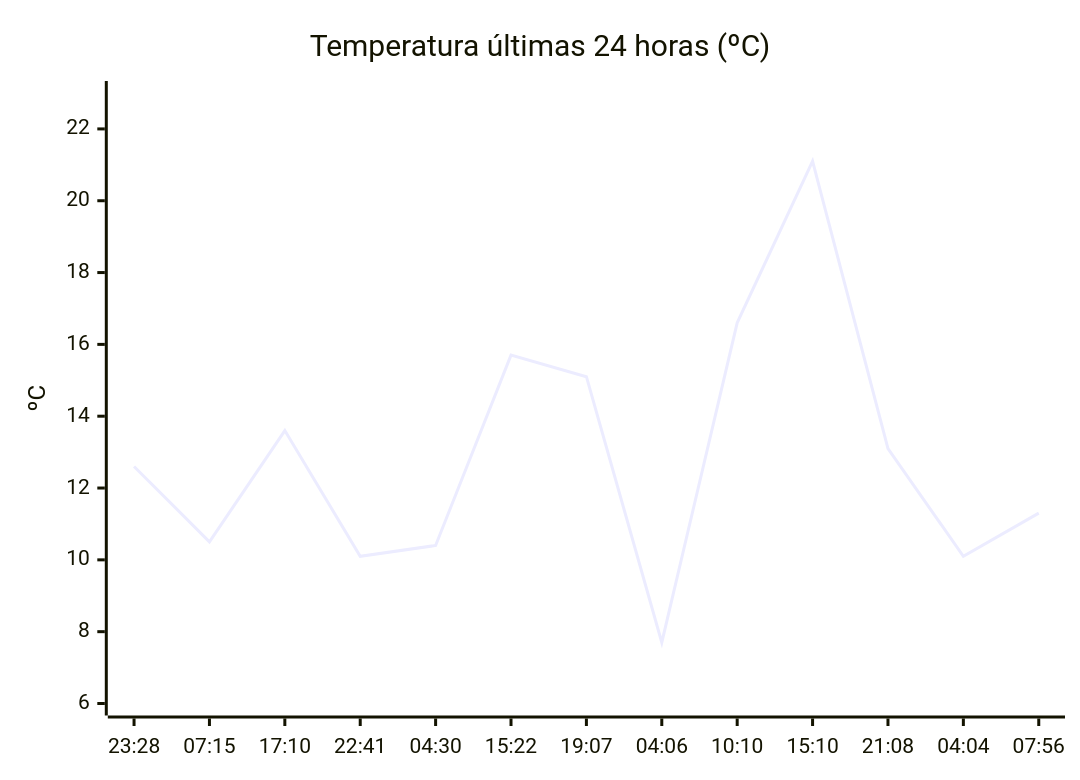
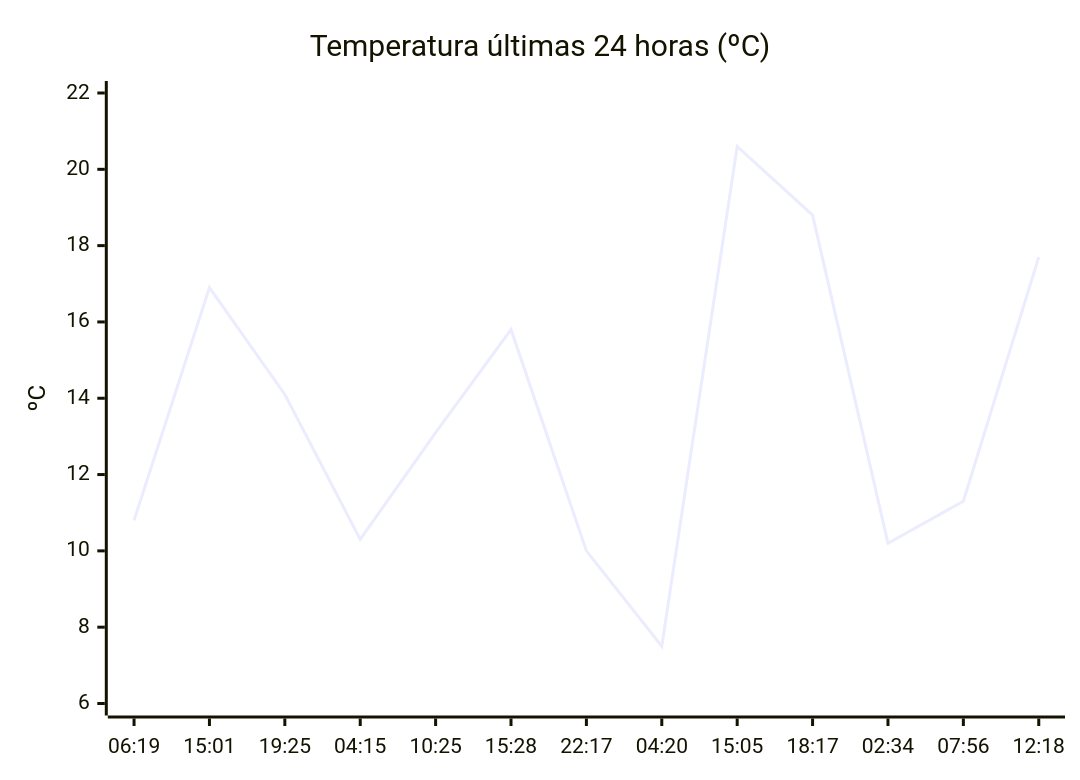
The diagram in README.md (solidsnk86/rem-scrap), drawn with Mermaid before and after one commit. The commit also changed other lines of this file, not shown here.

````diff
--- a/README.md
+++ b/README.md
@@ -36,7 +28,7 @@
 ```mermaid
 xychart-beta
     title "Temperatura últimas 24 horas (ºC)"
-    x-axis ["23:28", "07:15", "17:10", "22:41", "04:30", "15:22", "19:07", "04:06", "10:10", "15:10", "21:08", "04:04", "07:56"]
-    y-axis "ºC" 6 --> 23
-    line [12.6, 10.5, 13.6, 10.1, 10.4, 15.7, 15.1, 7.7, 16.6, 21.1, 13.1, 10.1, 11.3]
+    x-axis ["06:19", "15:01", "19:25", "04:15", "10:25", "15:28", "22:17", "04:20", "15:05", "18:17", "02:34", "07:56", "12:18"]
+    y-axis "ºC" 6 --> 22
+    line [10.8, 16.9, 14.1, 10.3, 13.1, 15.8, 10, 7.5, 20.6, 18.8, 10.2, 11.3, 17.7]
 ```
````
